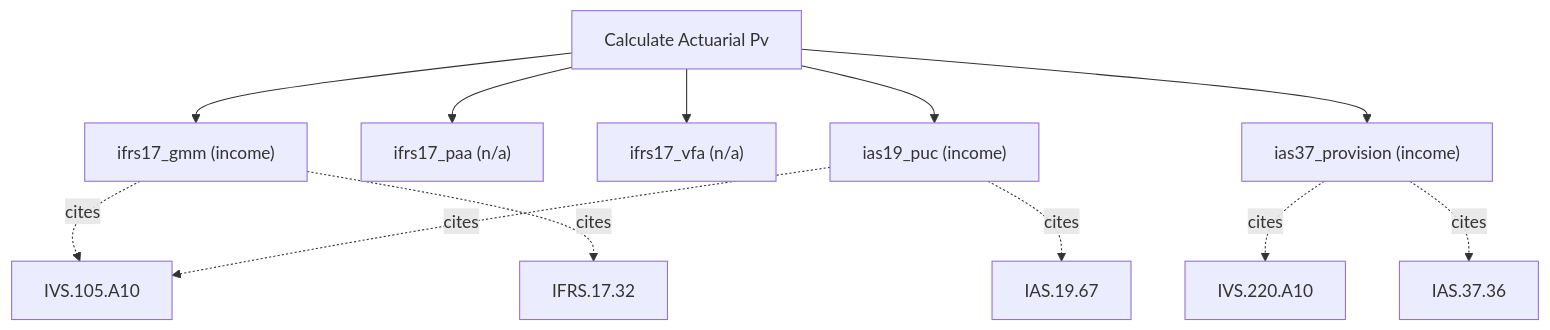
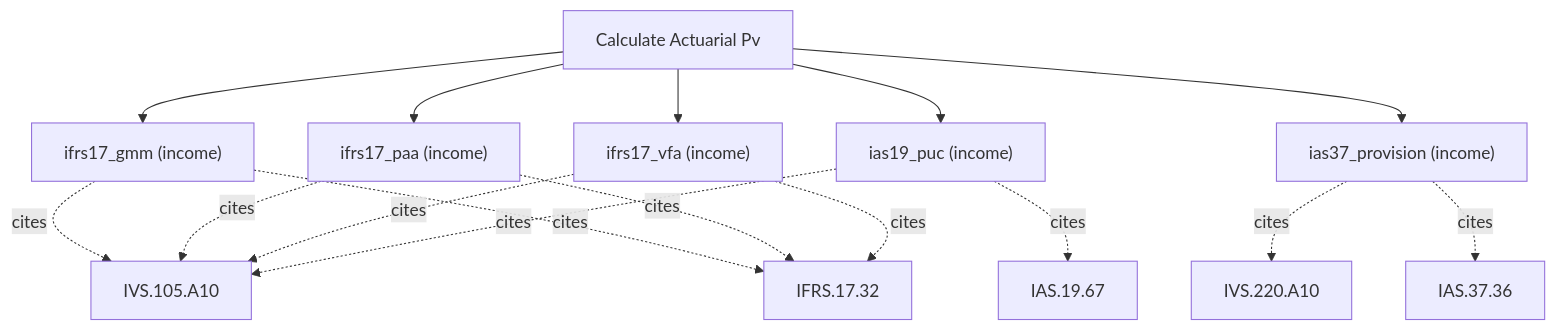
The diagram in docs/methods/calculate_actuarial_pv.md (simonmak-ascent/fair-value), drawn with Mermaid before and after one commit. The commit also changed other lines of this file and 18 other files, not shown here.

````diff
--- a/docs/methods/calculate_actuarial_pv.md
+++ b/docs/methods/calculate_actuarial_pv.md
@@ -5,15 +5,19 @@
 ```mermaid
 flowchart TD
   T[Calculate Actuarial Pv]
   T --> calculate_actuarial_pv_ifrs17_gmm["ifrs17_gmm (income)"]
   calculate_actuarial_pv_ifrs17_gmm -. cites .-> IVS_105_A10[IVS.105.A10]
   calculate_actuarial_pv_ifrs17_gmm -. cites .-> IFRS_17_32[IFRS.17.32]
-  T --> calculate_actuarial_pv_ifrs17_paa["ifrs17_paa (n/a)"]
-  T --> calculate_actuarial_pv_ifrs17_vfa["ifrs17_vfa (n/a)"]
+  T --> calculate_actuarial_pv_ifrs17_paa["ifrs17_paa (income)"]
+  calculate_actuarial_pv_ifrs17_paa -. cites .-> IVS_105_A10[IVS.105.A10]
+  calculate_actuarial_pv_ifrs17_paa -. cites .-> IFRS_17_32[IFRS.17.32]
+  T --> calculate_actuarial_pv_ifrs17_vfa["ifrs17_vfa (income)"]
+  calculate_actuarial_pv_ifrs17_vfa -. cites .-> IVS_105_A10[IVS.105.A10]
+  calculate_actuarial_pv_ifrs17_vfa -. cites .-> IFRS_17_32[IFRS.17.32]
   T --> calculate_actuarial_pv_ias19_puc["ias19_puc (income)"]
   calculate_actuarial_pv_ias19_puc -. cites .-> IVS_105_A10[IVS.105.A10]
   calculate_actuarial_pv_ias19_puc -. cites .-> IAS_19_67[IAS.19.67]
   T --> calculate_actuarial_pv_ias37_provision["ias37_provision (income)"]
   calculate_actuarial_pv_ias37_provision -. cites .-> IVS_220_A10[IVS.220.A10]
   calculate_actuarial_pv_ias37_provision -. cites .-> IAS_37_36[IAS.37.36]
 ```
````
